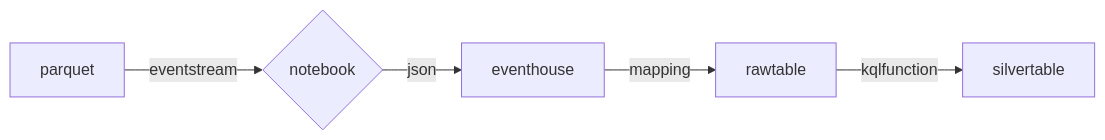
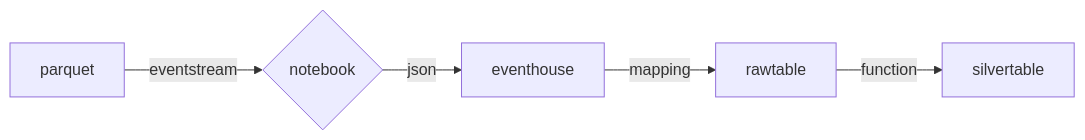
Before and after one commit to hfleitas/grouper: the diagram in README.md, drawn with Mermaid.

````diff
--- a/README.md
+++ b/README.md
@@ -12,7 +12,7 @@
 ```mermaid
 graph LR
    parquet-->|eventstream | nb
    nb{notebook}-->|json | eventhouse
    eventhouse-->|mapping | rawtable
-   rawtable-->|kqlfunction | silvertable
+   rawtable-->|function | silvertable
 ```
````
